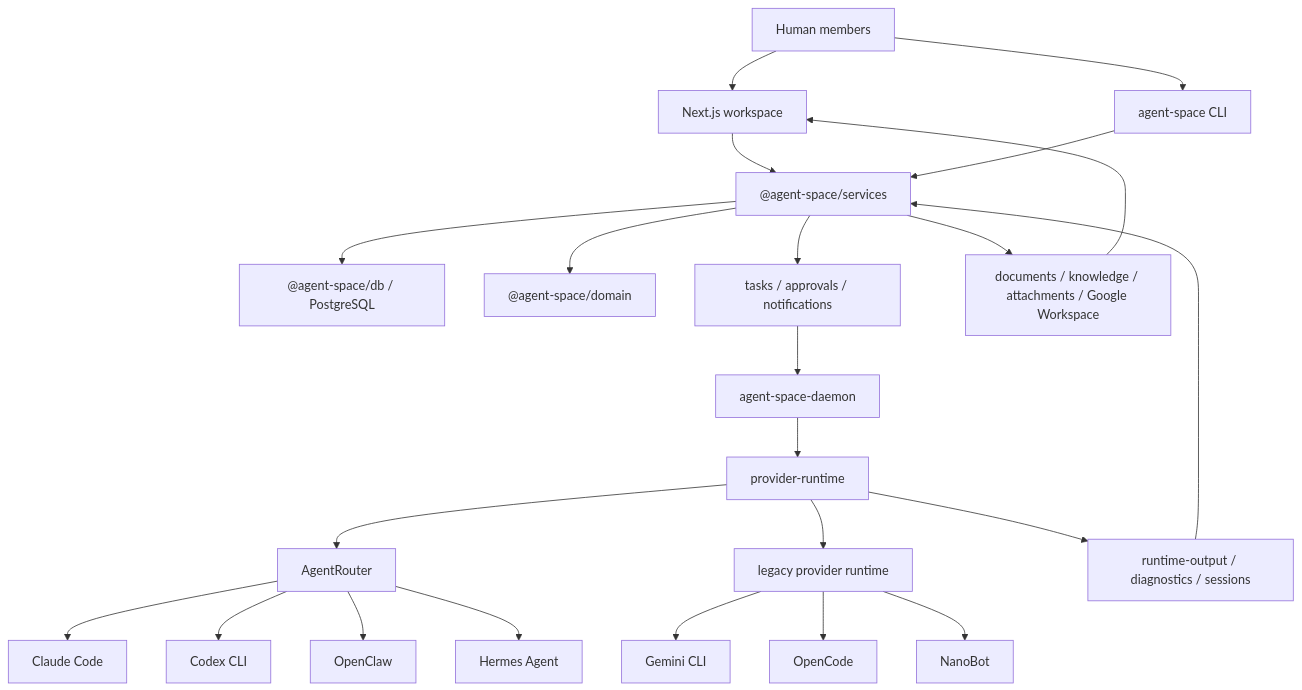
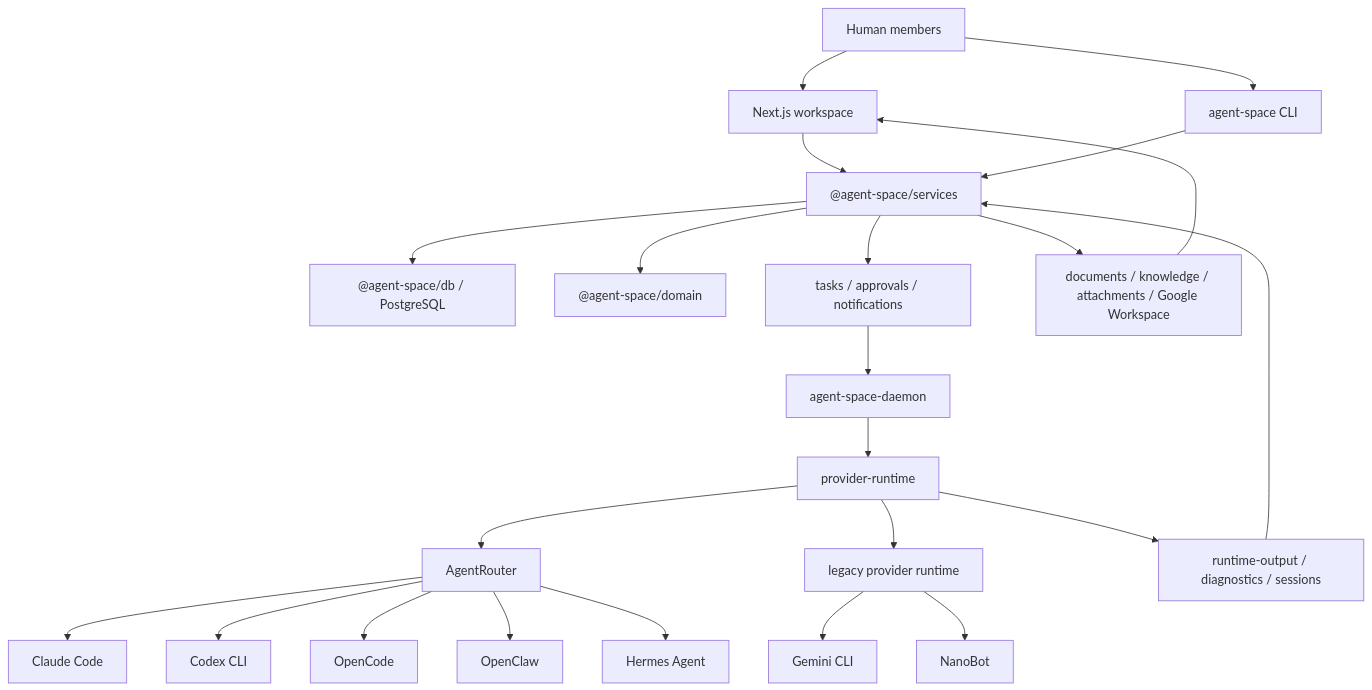
Before and after one commit to archive-of-deleted-repositories/santhreal__AgentSpace: the diagram in README.md, drawn with Mermaid. The commit also changed other lines of this file and 11 other files, not shown here.

````diff
--- a/README.md
+++ b/README.md
@@ -331,25 +334,25 @@
 ```mermaid
 flowchart TD
   User["Human members"] --> Web["Next.js workspace"]
   User --> CLI["agent-space CLI"]
   Web --> Services["@agent-space/services"]
   CLI --> Services
   Services --> DB["@agent-space/db / PostgreSQL"]
   Services --> Domain["@agent-space/domain"]
   Services --> Queue["tasks / approvals / notifications"]
   Queue --> Daemon["agent-space-daemon"]
   Daemon --> Runtime["provider-runtime"]
   Runtime --> Router["AgentRouter"]
   Runtime --> Legacy["legacy provider runtime"]
   Router --> Claude["Claude Code"]
   Router --> Codex["Codex CLI"]
+  Router --> OpenCode["OpenCode"]
   Router --> OpenClaw["OpenClaw"]
   Router --> Hermes["Hermes Agent"]
   Legacy --> Gemini["Gemini CLI"]
-  Legacy --> OpenCode["OpenCode"]
   Legacy --> NanoBot["NanoBot"]
   Runtime --> Output["runtime-output / diagnostics / sessions"]
   Output --> Services
   Services --> Docs["documents / knowledge / attachments / Google Workspace"]
   Docs --> Web
 ```
````
